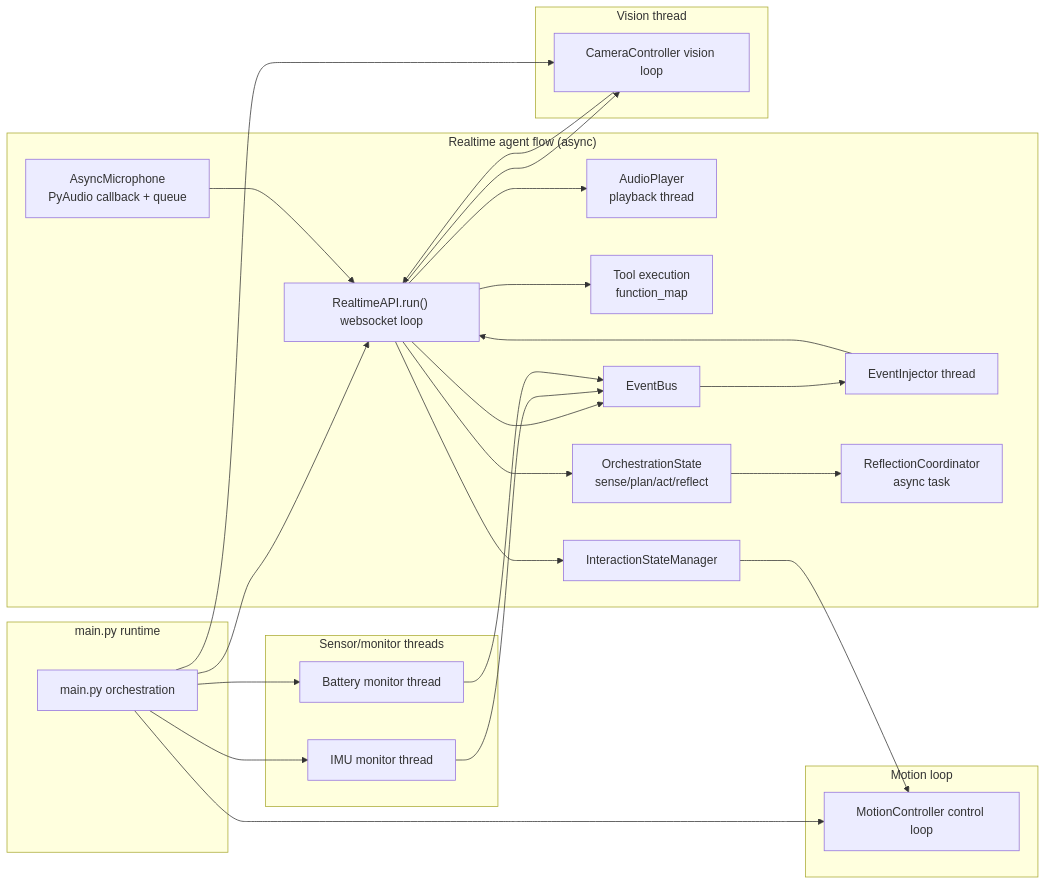
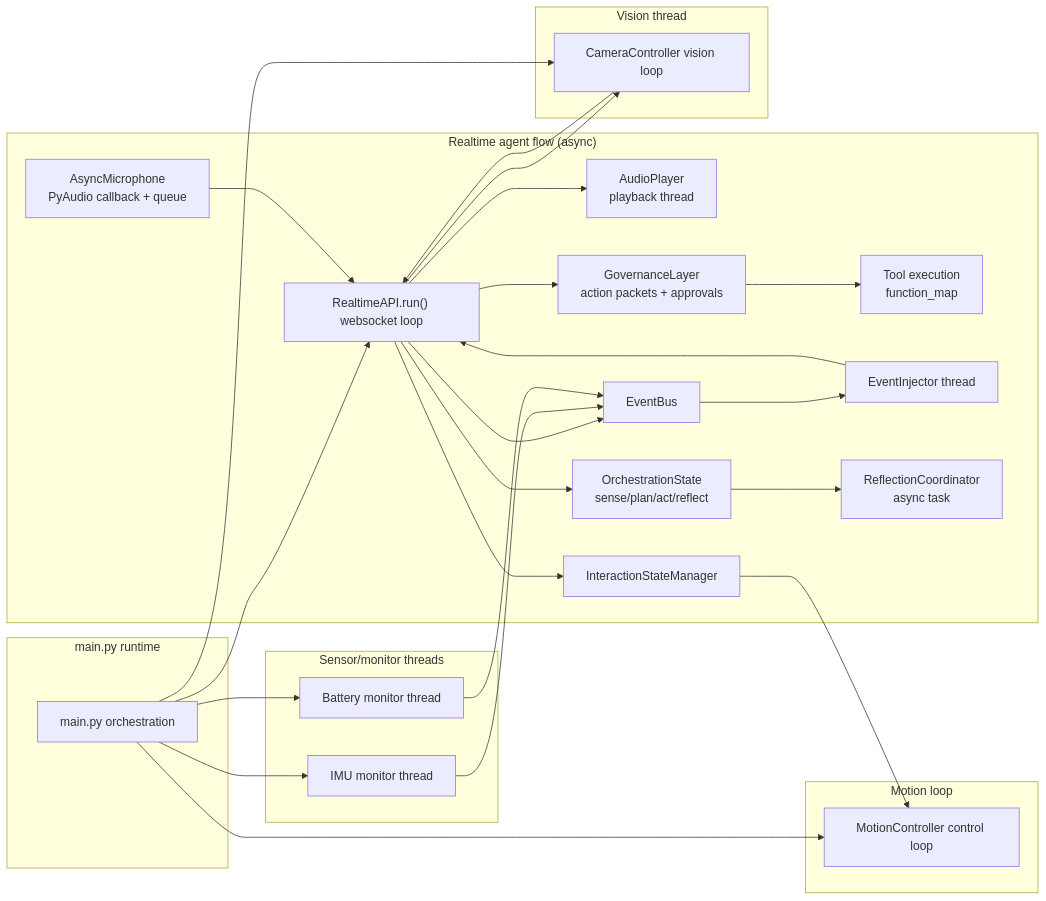
Before and after one commit to noog6/pyPiBot: the diagram in docs/agent-map.md, drawn with Mermaid. The commit also changed other lines of this file and 2 other files, not shown here.

Commit message:
Update governance documentation

````diff
--- a/docs/agent-map.md
+++ b/docs/agent-map.md
@@ -37,55 +43,57 @@
 ```mermaid
 flowchart LR
     subgraph Runtime["main.py runtime"]
         MAIN[main.py orchestration]
     end
 
     subgraph Realtime["Realtime agent flow (async)"]
         WS["RealtimeAPI.run() websocket loop"]
         MIC["AsyncMicrophone<br/>PyAudio callback + queue"]
         PLAYER["AudioPlayer<br/>playback thread"]
+        GOV["GovernanceLayer<br/>action packets + approvals"]
         TOOLS["Tool execution<br/>function_map"]
         BUS["EventBus"]
         INJECT["EventInjector thread"]
         STATE[InteractionStateManager]
         ORCH["OrchestrationState<br/>sense/plan/act/reflect"]
         REFLECTOR["ReflectionCoordinator<br/>async task"]
     end
 
     subgraph Sensors["Sensor/monitor threads"]
         IMU[IMU monitor thread]
         BAT[Battery monitor thread]
     end
 
     subgraph Vision["Vision thread"]
         CAM[CameraController vision loop]
     end
 
     subgraph Motion["Motion loop"]
         MOTION[MotionController control loop]
     end
 
     MAIN --> WS
     MAIN --> CAM
     MAIN --> MOTION
     MAIN --> IMU
     MAIN --> BAT
 
     MIC --> WS
     WS --> PLAYER
-    WS --> TOOLS
+    WS --> GOV
+    GOV --> TOOLS
     WS --> BUS
     BUS --> INJECT
     INJECT --> WS
     WS --> STATE
     WS --> ORCH
     ORCH --> REFLECTOR
 
     IMU --> BUS
     BAT --> BUS
 
     CAM --> WS
     WS --> CAM
 
     STATE --> MOTION
 ```
````
